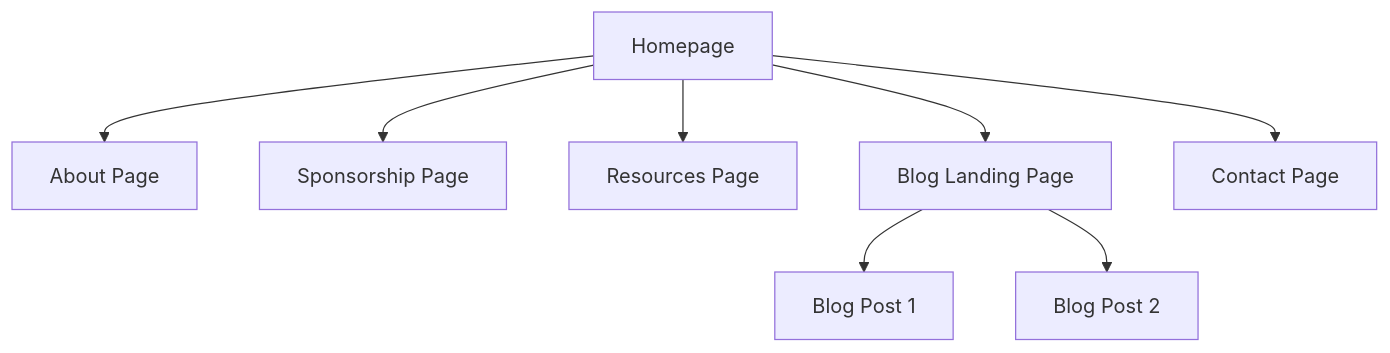
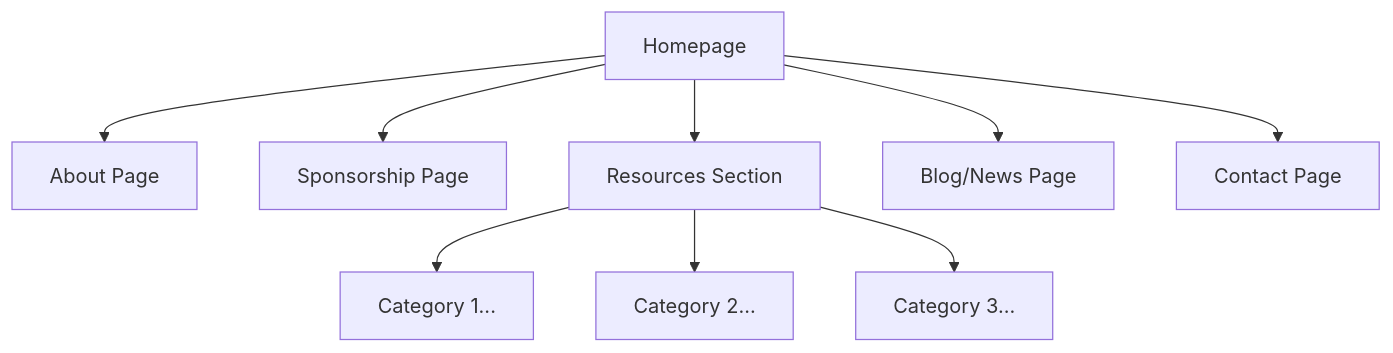
Before and after one commit to ftc-25805/ftc-25805.github.io: the first of 3 diagrams in docs/front-end-spec.md, drawn with Mermaid. The commit also changed other lines of this file and 3 other files, not shown here.

````diff
--- a/docs/front-end-spec.md
+++ b/docs/front-end-spec.md
@@ -35,10 +40,12 @@
 ```mermaid
 graph TD
     A[Homepage] --> B[About Page]
     A --> C[Sponsorship Page]
-    A --> D[Resources Page]
-    A --> E[Blog Landing Page]
+    A --> D[Resources Section]
+    A --> E[Blog/News Page]
     A --> F[Contact Page]
-    E --> G[Blog Post 1]
-    E --> H[Blog Post 2]
+
+    D --> D1[Category 1...]
+    D --> D2[Category 2...]
+    D --> D3[Category 3...]
 ```
````
